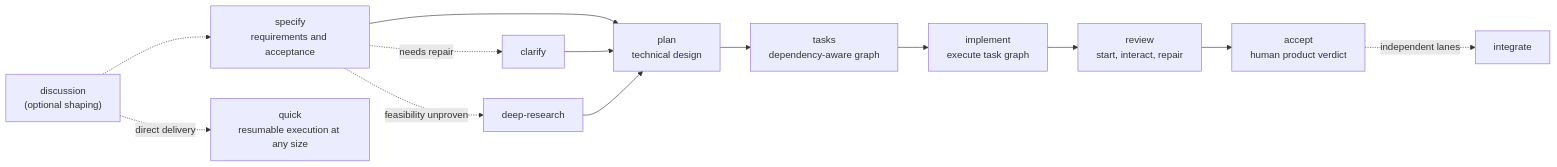
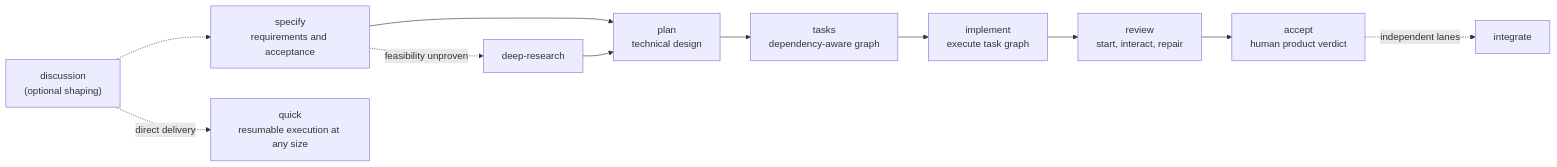
The diagram in README.md (chenziyang110/spec-kit-plus), drawn with Mermaid before and after one commit. The commit also changed other lines of this file and 101 other files, not shown here.

````diff
--- a/README.md
+++ b/README.md
@@ -85,15 +85,13 @@
 ```mermaid
 flowchart LR
     D["discussion<br/>(optional shaping)"] -.-> S["specify<br/>requirements and acceptance"]
     D -. direct delivery .-> Q["quick<br/>resumable execution at any size"]
     S --> P["plan<br/>technical design"]
-    S -. needs repair .-> C["clarify"]
-    C --> P
     S -. feasibility unproven .-> R["deep-research"]
     R --> P
     P --> T["tasks<br/>dependency-aware graph"]
     T --> I["implement<br/>execute task graph"]
     I --> V["review<br/>start, interact, repair"]
     V --> A["accept<br/>human product verdict"]
     A -. independent lanes .-> G["integrate"]
 ```
````
